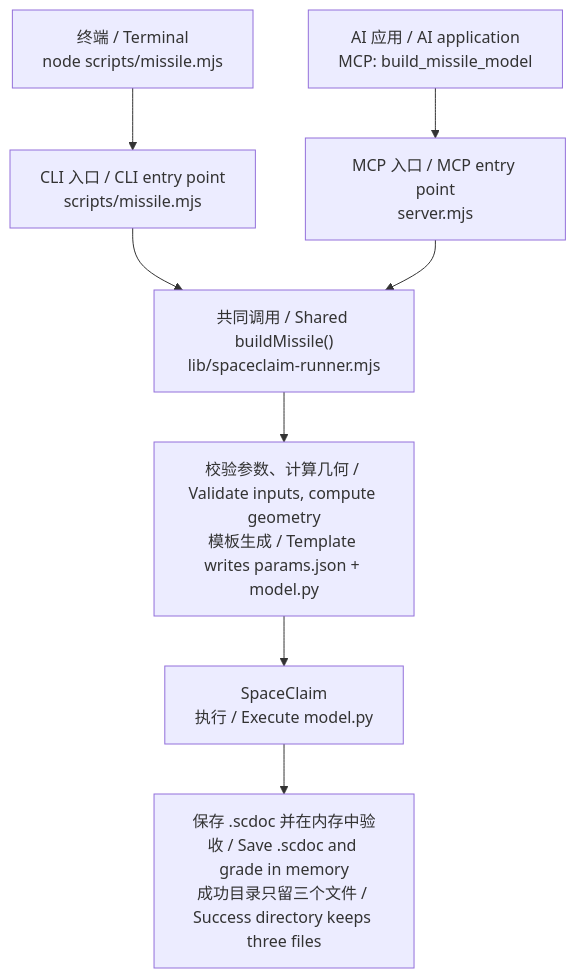
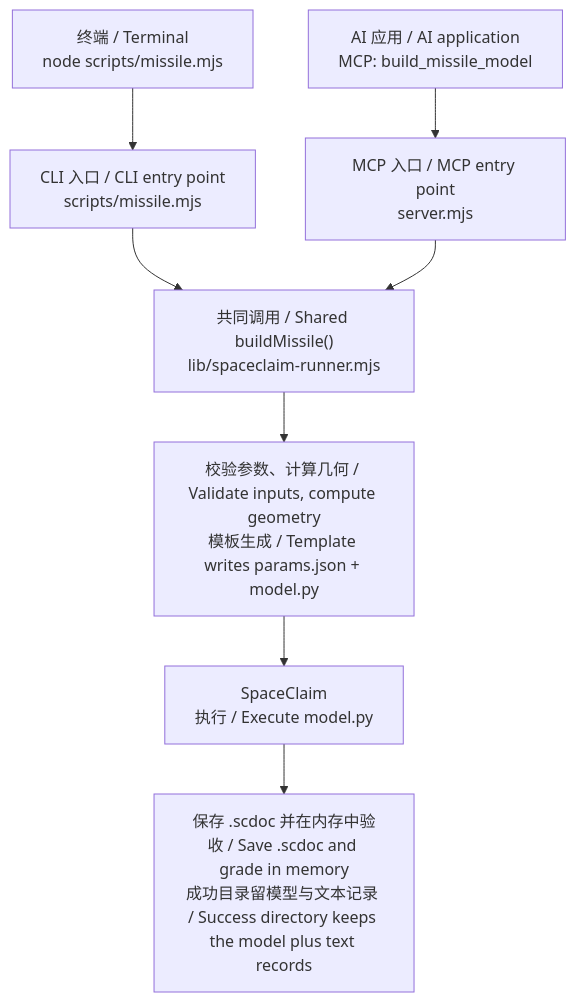
One commit to Chen-Xin-Yuan/AutoWorkflow-Spaceclaim-Fluent-ML changed the diagram in spaceclaim/README.bilingual.md. Above: the diagram before and after it, drawn with Mermaid. The commit also changed other lines of this file and 14 other files, not shown here.

````diff
--- a/spaceclaim/README.bilingual.md
+++ b/spaceclaim/README.bilingual.md
@@ -71,10 +71,10 @@
 ```mermaid
 flowchart TD
     A["终端 / Terminal<br/>node scripts/missile.mjs"] --> C["CLI 入口 / CLI entry point<br/>scripts/missile.mjs"]
     B["AI 应用 / AI application<br/>MCP: build_missile_model"] --> D["MCP 入口 / MCP entry point<br/>server.mjs"]
     C --> E["共同调用 / Shared buildMissile()<br/>lib/spaceclaim-runner.mjs"]
     D --> E
     E --> F["校验参数、计算几何 / Validate inputs, compute geometry<br/>模板生成 / Template writes params.json + model.py"]
     F --> G["SpaceClaim<br/>执行 / Execute model.py"]
-    G --> H["保存 .scdoc 并在内存中验收 / Save .scdoc and grade in memory<br/>成功目录只留三个文件 / Success directory keeps three files"]
+    G --> H["保存 .scdoc 并在内存中验收 / Save .scdoc and grade in memory<br/>成功目录留模型与文本记录 / Success directory keeps the model plus text records"]
 ```
````
